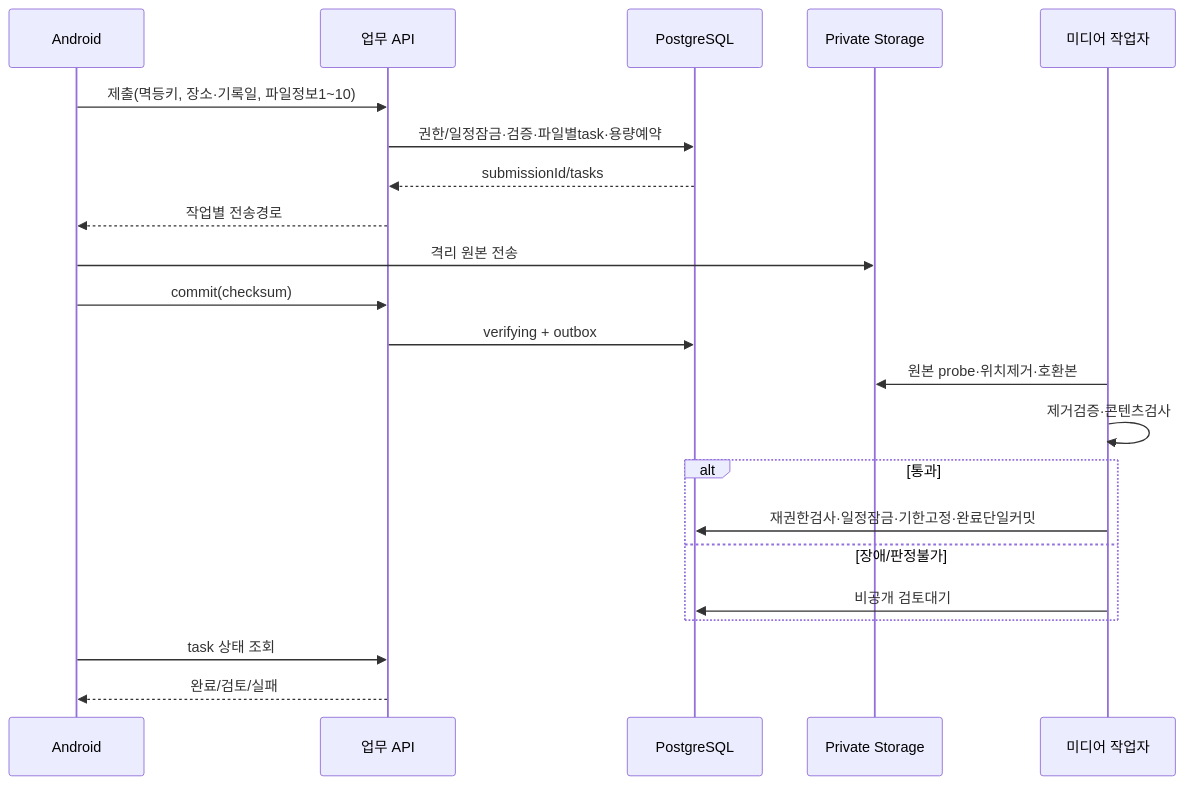
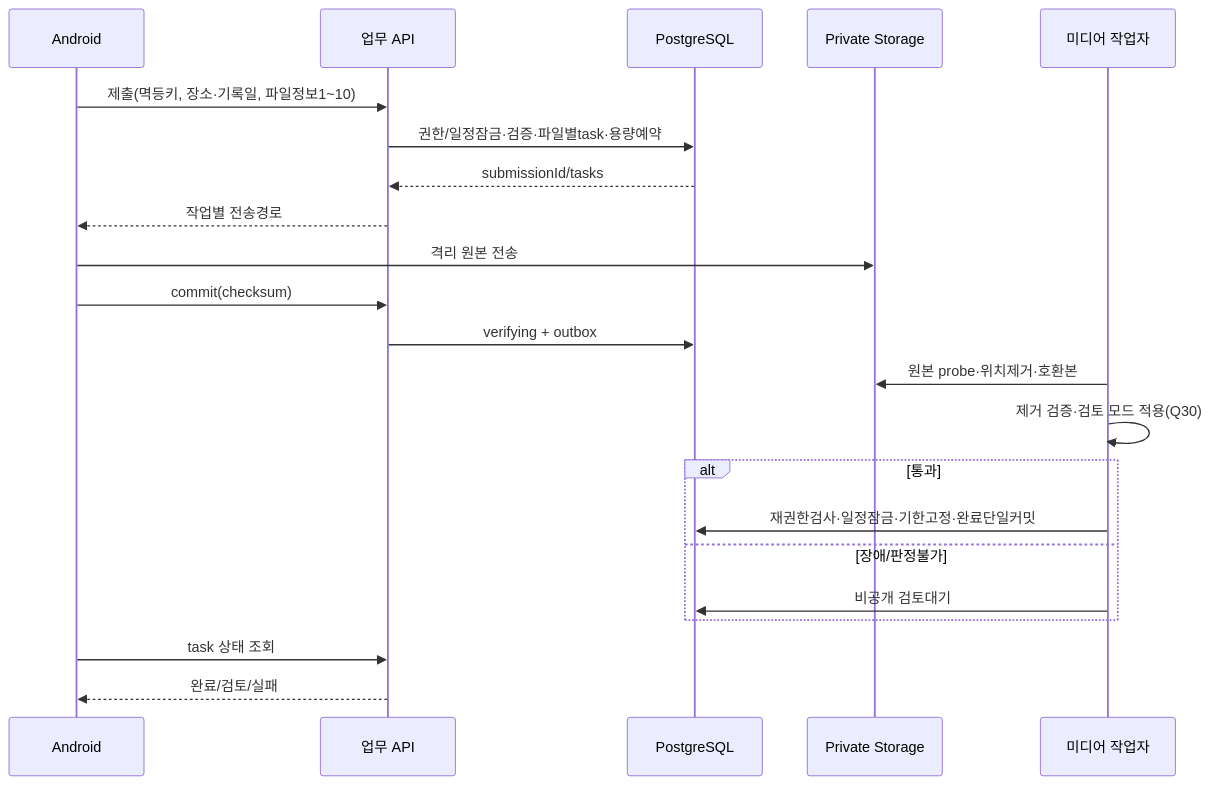
The diagram in 1차 개발 설계서/부록/다이어그램/01_업로드와보관.mmd (eunssong2/reelspot), drawn with Mermaid before and after one commit. The commit also changed 181 other files, not shown here.

```diff
--- a/1차 개발 설계서/부록/다이어그램/01_업로드와보관.mmd
+++ b/1차 개발 설계서/부록/다이어그램/01_업로드와보관.mmd
@@ -1,22 +1,22 @@
 sequenceDiagram
  participant A as Android
  participant B as 업무 API
  participant D as PostgreSQL
  participant S as Private Storage
  participant W as 미디어 작업자
  A->>B: 제출(멱등키, 장소·기록일, 파일정보1~10)
  B->>D: 권한/일정잠금·검증·파일별task·용량예약
  D-->>B: submissionId/tasks
  B-->>A: 작업별 전송경로
  A->>S: 격리 원본 전송
  A->>B: commit(checksum)
  B->>D: verifying + outbox
  W->>S: 원본 probe·위치제거·호환본
- W->>W: 제거검증·콘텐츠검사
+ W->>W: 제거 검증·검토 모드 적용(Q30)
  alt 통과
  W->>D: 재권한검사·일정잠금·기한고정·완료단일커밋
  else 장애/판정불가
  W->>D: 비공개 검토대기
  end
  A->>B: task 상태 조회
  B-->>A: 완료/검토/실패
```
